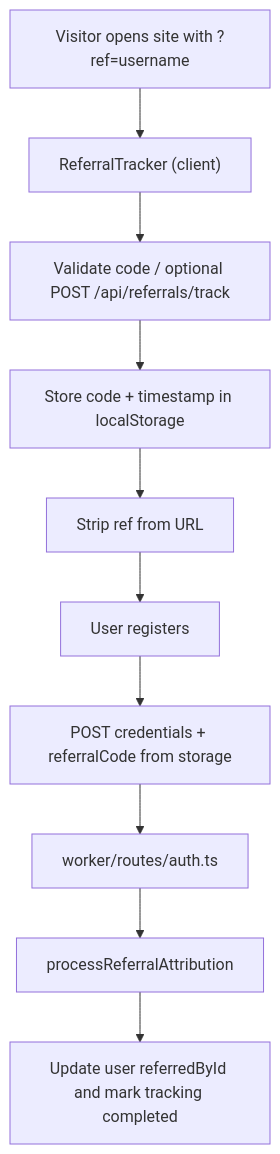
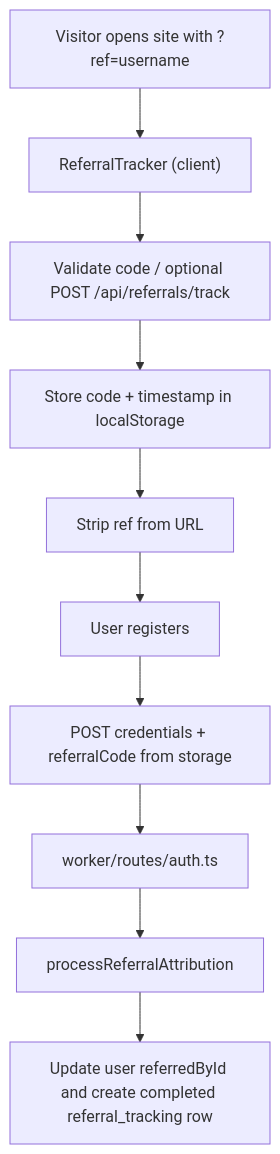
One commit to thinkdj/ottabase changed the diagram in docs/REFERRAL_SYSTEM.md. Above: the diagram before and after it, drawn with Mermaid. The commit also changed other lines of this file and 48 other files, not shown here.

````diff
--- a/docs/REFERRAL_SYSTEM.md
+++ b/docs/REFERRAL_SYSTEM.md
@@ -49,13 +50,13 @@
 ```mermaid
 flowchart TD
     A["Visitor opens site with ?ref=username"] --> B["ReferralTracker (client)"]
     B --> C["Validate code / optional POST /api/referrals/track"]
     C --> D["Store code + timestamp in localStorage"]
     D --> E["Strip ref from URL"]
     E --> F["User registers"]
     F --> G["POST credentials + referralCode from storage"]
     G --> H["worker/routes/auth.ts"]
     H --> I["processReferralAttribution"]
-    I --> J[Update user referredById and mark tracking completed]
+    I --> J["Update user referredById and create completed referral_tracking row"]
 
 ```
````
